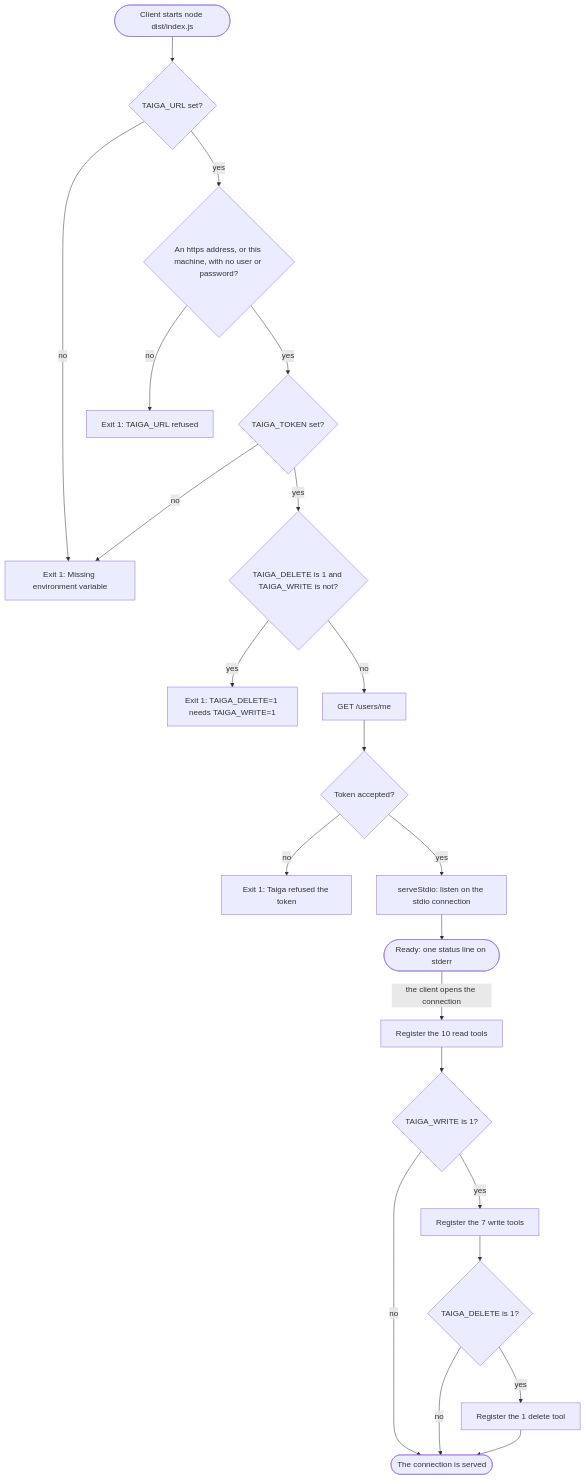
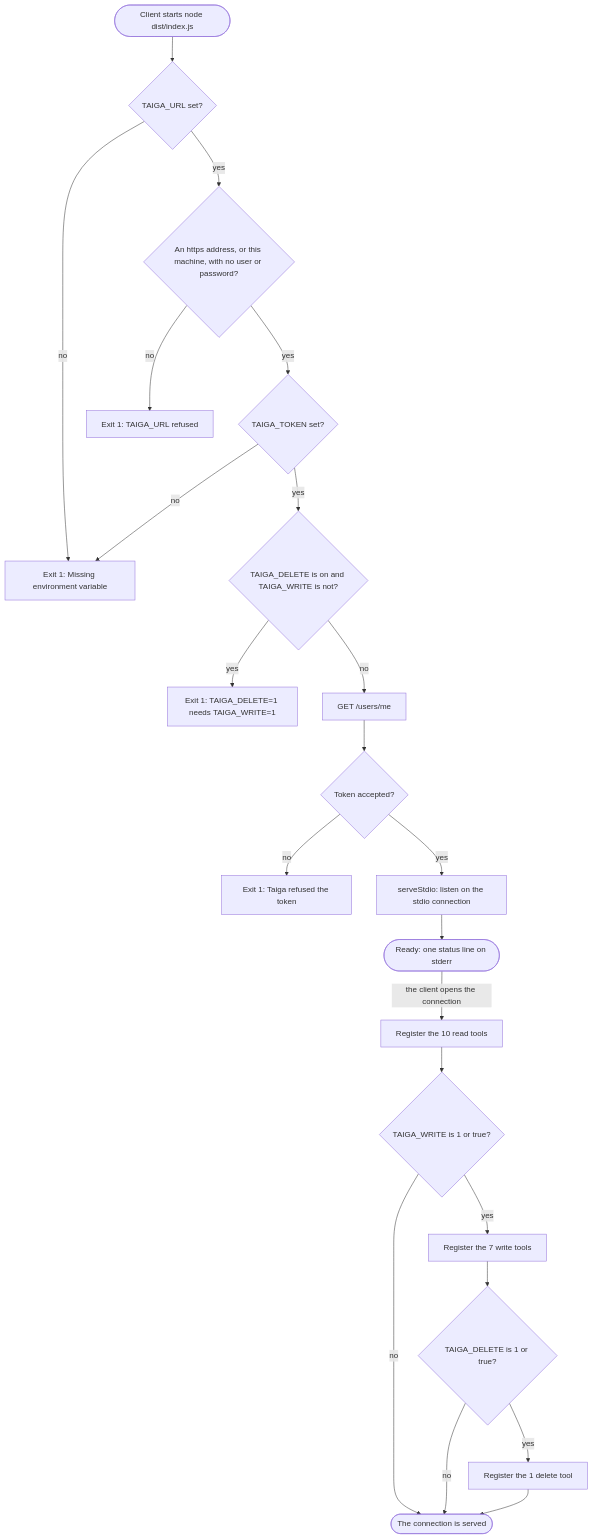
The second of 6 diagrams in docs/ARCHITECTURE.md (CamposCodes/taiga-r2da-mcp), drawn with Mermaid before and after one commit. The commit also changed other lines of this file and 15 other files, not shown here.

````diff
--- a/docs/ARCHITECTURE.md
+++ b/docs/ARCHITECTURE.md
@@ -61,43 +61,43 @@
 ```mermaid
 flowchart TD
     start(["Client starts node dist/index.js"])
     url{"TAIGA_URL set?"}
     address{"An https address, or this machine, with no user or password?"}
     token{"TAIGA_TOKEN set?"}
-    pair{"TAIGA_DELETE is 1 and TAIGA_WRITE is not?"}
+    pair{"TAIGA_DELETE is on and TAIGA_WRITE is not?"}
     missing["Exit 1: Missing environment variable"]
     unsafe["Exit 1: TAIGA_URL refused"]
     alone["Exit 1: TAIGA_DELETE=1 needs TAIGA_WRITE=1"]
     me["GET /users/me"]
     valid{"Token accepted?"}
     refused["Exit 1: Taiga refused the token"]
     listen["serveStdio: listen on the stdio connection"]
     ready(["Ready: one status line on stderr"])
     read["Register the 10 read tools"]
-    gate{"TAIGA_WRITE is 1?"}
+    gate{"TAIGA_WRITE is 1 or true?"}
     write["Register the 7 write tools"]
-    dgate{"TAIGA_DELETE is 1?"}
+    dgate{"TAIGA_DELETE is 1 or true?"}
     del["Register the 1 delete tool"]
     serving(["The connection is served"])
     start --> url
     url -->|"no"| missing
     url -->|"yes"| address
     address -->|"no"| unsafe
     address -->|"yes"| token
     token -->|"no"| missing
     token -->|"yes"| pair
     pair -->|"yes"| alone
     pair -->|"no"| me
     me --> valid
     valid -->|"no"| refused
     valid -->|"yes"| listen
     listen --> ready
     ready -->|"the client opens the connection"| read
     read --> gate
     gate -->|"no"| serving
     gate -->|"yes"| write
     write --> dgate
     dgate -->|"no"| serving
     dgate -->|"yes"| del
     del --> serving
 ```
````
